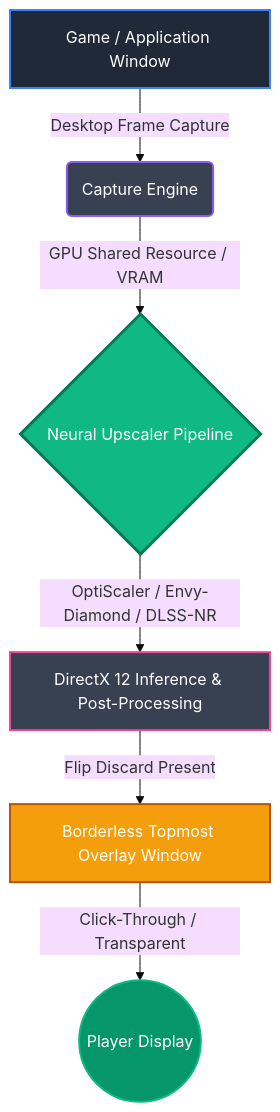
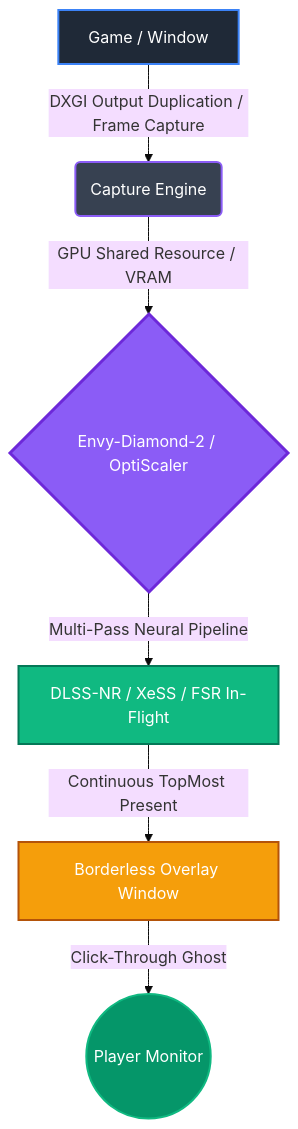
Before and after one commit to mnector/FSR-NG-Scaling: the diagram in README.md, drawn with Mermaid (base theme). The commit also changed other lines of this file and 3 other files, not shown here.

Commit message:
Enforce continuous topmost Z-order heartbeat and update README for Envy-Diamond-2 engine

````diff
--- a/README.md
+++ b/README.md
@@ -49,15 +62,15 @@
 ```mermaid
 graph TD
-    A[Game / Application Window] -->|Desktop Frame Capture| B(Capture Engine)
-    B -->|GPU Shared Resource / VRAM| C{Neural Upscaler Pipeline}
-    C -->|OptiScaler / Envy-Diamond / DLSS-NR| D[DirectX 12 Inference & Post-Processing]
-    D -->|Flip Discard Present| E[Borderless Topmost Overlay Window]
-    E -->|Click-Through / Transparent| F((Player Display))
+    A[Game / Window] -->|DXGI Output Duplication / Frame Capture| B(Capture Engine)
+    B -->|GPU Shared Resource / VRAM| C{Envy-Diamond-2 / OptiScaler}
+    C -->|Multi-Pass Neural Pipeline| D[DLSS-NR / XeSS / FSR In-Flight]
+    D -->|Continuous TopMost Present| E[Borderless Overlay Window]
+    E -->|Click-Through Ghost| F((Player Monitor))
     
     style A fill:#1f2937,stroke:#3b82f6,stroke-width:2px,color:#fff
     style B fill:#374151,stroke:#8b5cf6,stroke-width:2px,color:#fff
-    style C fill:#10b981,stroke:#047857,stroke-width:3px,color:#fff
-    style D fill:#374151,stroke:#ec4899,stroke-width:2px,color:#fff
+    style C fill:#8b5cf6,stroke:#6d28d9,stroke-width:3px,color:#fff
+    style D fill:#10b981,stroke:#047857,stroke-width:2px,color:#fff
     style E fill:#f59e0b,stroke:#b45309,stroke-width:2px,color:#fff
     style F fill:#059669,stroke:#10b981,stroke-width:2px,color:#fff
 ```
````
